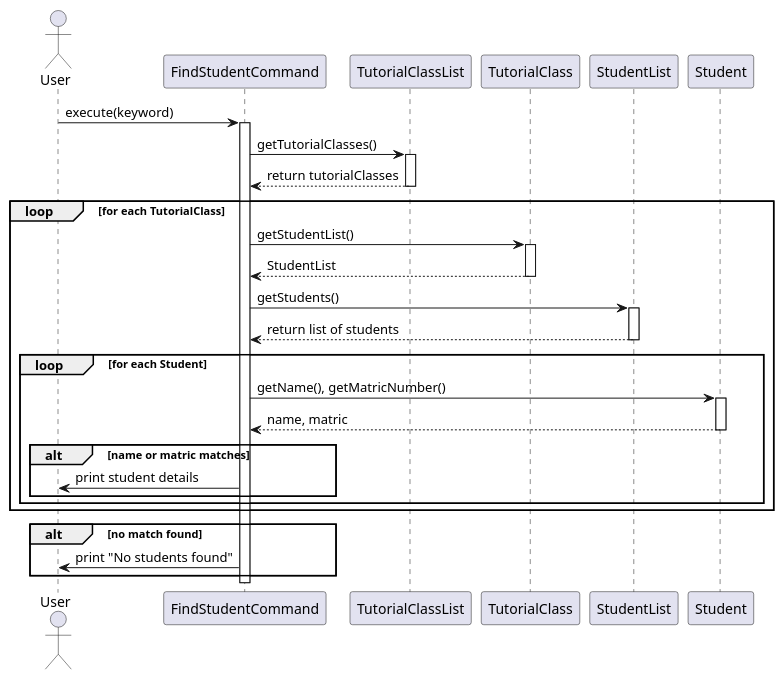
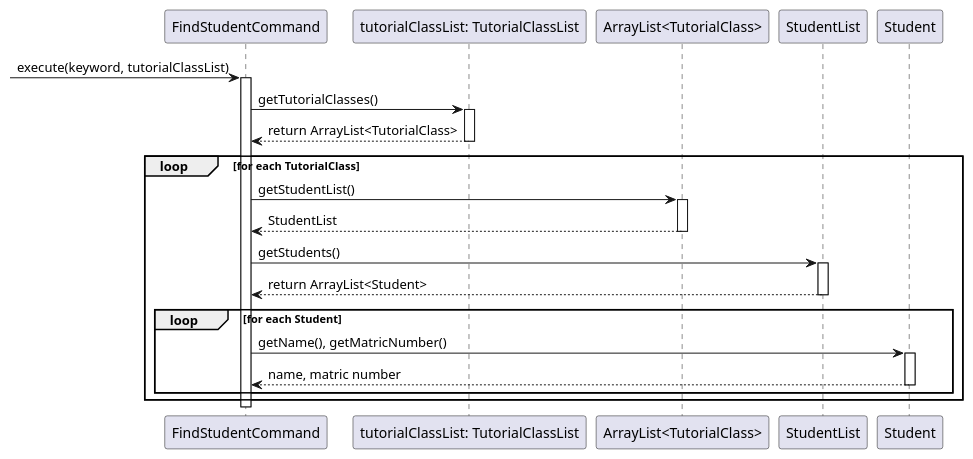
Before and after one commit to wongyihao02/tp: the diagram in docs/diagrams/studentcommands/FindStudentCommandSequenceDiagram.puml, drawn with PlantUML. The commit also changed 14 other files, not shown here.

First line of the commit message:
Fix Sequence and Class Diagrams

```diff
--- a/docs/diagrams/studentcommands/FindStudentCommandSequenceDiagram.puml
+++ b/docs/diagrams/studentcommands/FindStudentCommandSequenceDiagram.puml
@@ -1,47 +1,41 @@
 @startuml
-actor User
 
 participant "FindStudentCommand" as FSC
-participant "TutorialClassList" as TCL
-participant "TutorialClass" as TC
+participant "tutorialClassList: TutorialClassList" as TCL
+participant "ArrayList<TutorialClass>" as TC
 participant "StudentList" as SL
 participant "Student" as S
 
-User -> FSC: execute(keyword)
+-> FSC: execute(keyword, tutorialClassList)
 activate FSC
 
     FSC -> TCL: getTutorialClasses()
     activate TCL
-    TCL --> FSC: return tutorialClasses
+    TCL --> FSC: return ArrayList<TutorialClass>
     deactivate TCL
 
     loop for each TutorialClass
         FSC -> TC: getStudentList()
         activate TC
         TC --> FSC: StudentList
         deactivate TC
 
         FSC -> SL: getStudents()
         activate SL
-        SL --> FSC: return list of students
+        SL --> FSC: return ArrayList<Student>
         deactivate SL
 
         loop for each Student
             FSC -> S: getName(), getMatricNumber()
             activate S
-            S --> FSC: name, matric
+            S --> FSC: name, matric number
             deactivate S
 
-            alt name or matric matches
-                FSC -> User: print student details
-            end
+
         end
     end
 
-    alt no match found
-        FSC -> User: print "No students found"
-    end
 
     deactivate FSC
 
 @enduml
```
